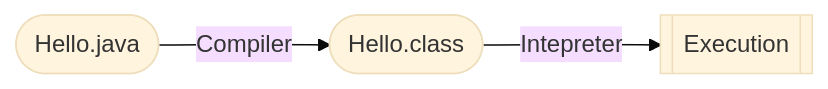
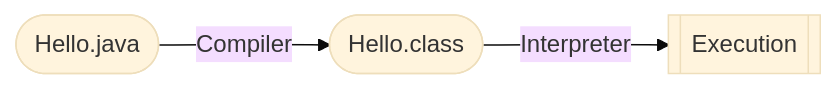
One commit to ZzhangYH/CS61B-SP21 changed the diagram in README.md. Above: the diagram before and after it, drawn with Mermaid (base theme). The commit also changed other lines of this file, not shown here.

````diff
--- a/README.md
+++ b/README.md
@@ -53,6 +61,6 @@
 ```mermaid
 graph LR;
   s1([Hello.java]) -- "Compiler" --> s2
-  s2([Hello.class]) -- "Intepreter" --> s3
+  s2([Hello.class]) -- "Interpreter" --> s3
   s3[[Execution]]
 ```
````
